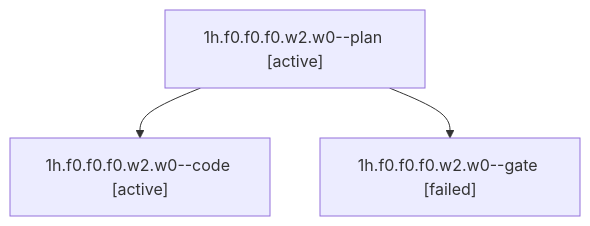
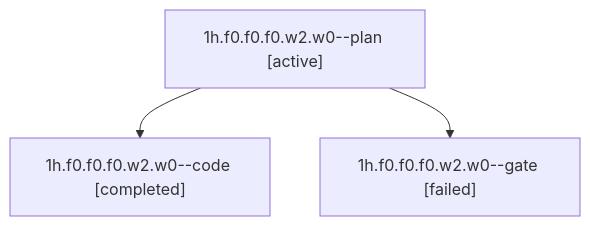
Before and after one commit to sase-org/sase--agents: the diagram in sessions/bbugyi200.apollo.1h.f0.f0.f0.w2.w0.md, drawn with Mermaid. The commit also changed other lines of this file and 59 other files, not shown here.

````diff
--- a/sessions/bbugyi200.apollo.1h.f0.f0.f0.w2.w0.md
+++ b/sessions/bbugyi200.apollo.1h.f0.f0.f0.w2.w0.md
@@ -9,8 +9,8 @@
 ```mermaid
 flowchart TD
   n0["1h.f0.f0.f0.w2.w0--plan [active]"]
-  n1["1h.f0.f0.f0.w2.w0--code [active]"]
+  n1["1h.f0.f0.f0.w2.w0--code [completed]"]
   n0 --> n1
   n2["1h.f0.f0.f0.w2.w0--gate [failed]"]
   n0 --> n2
 ```
````
